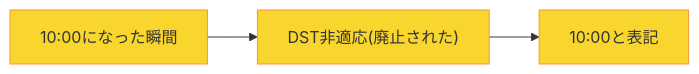
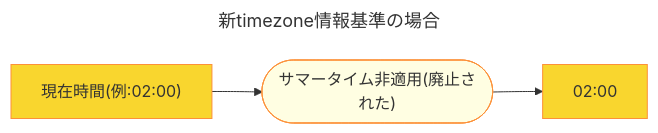
The ninth of 9 diagrams in articles/blog_fes_2024_dst_basics.md (proteinmochi/zenn), drawn with Mermaid before and after one commit. The commit also changed other lines of this file, not shown here.

````diff
--- a/articles/blog_fes_2024_dst_basics.md
+++ b/articles/blog_fes_2024_dst_basics.md
@@ -127,5 +188,10 @@
 ```mermaid
+---
+title: 新timezone情報基準の場合
+---
 graph LR
-   id1["10:00になった瞬間"] --> id2["DST非適応(廃止された)"] --> id4[10:00と表記]
-   classDef default fill:#f9d62e, stroke:#fc913a
+   id1["現在時間(例:02:00)"] --> id2(["サマータイム非適用(廃止された)"]) --> id3[02:00]
+   style id1 fill:#f9d62e, stroke:#fc913a
+   style id2 fill:#FFFEE2, stroke:#fc913a
+   style id3 fill:#f9d62e, stroke:#fc913a
 ```
````
